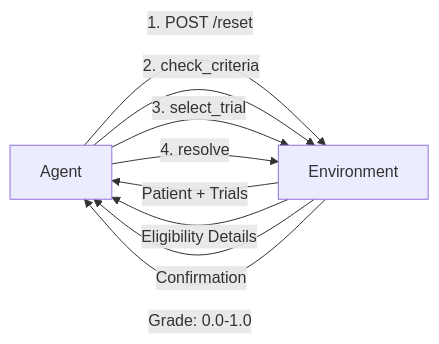
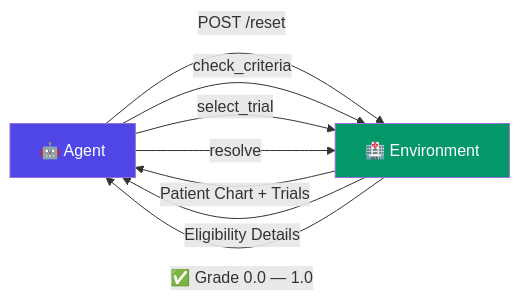
One commit to gokul77898/ClinicalTrialMatchenv changed the diagram in README.md. Above: the diagram before and after it, drawn with Mermaid. The commit also changed other lines of this file, not shown here.

Commit message:
Mind-blowing README redesign - storytelling, mermaid diagrams, collapsible sections

````diff
--- a/README.md
+++ b/README.md
@@ -94,11 +82,12 @@
 ```mermaid
 graph LR
-    A[Agent] -->|1. POST /reset| B[Environment]
-    B -->|Patient + Trials| A
-    A -->|2. check_criteria| B
+    A[🤖 Agent] -->|POST /reset| B[🏥 Environment]
+    B -->|Patient Chart + Trials| A
+    A -->|check_criteria| B
     B -->|Eligibility Details| A
-    A -->|3. select_trial| B
-    B -->|Confirmation| A
-    A -->|4. resolve| B
-    B -->|Grade: 0.0-1.0| A
+    A -->|select_trial| B
+    A -->|resolve| B
+    B -->|✅ Grade 0.0 — 1.0| A
+    style A fill:#4F46E5,color:#fff
+    style B fill:#059669,color:#fff
 ```
````
